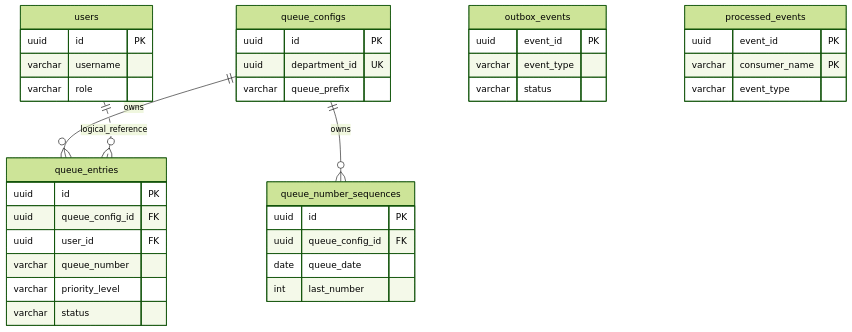
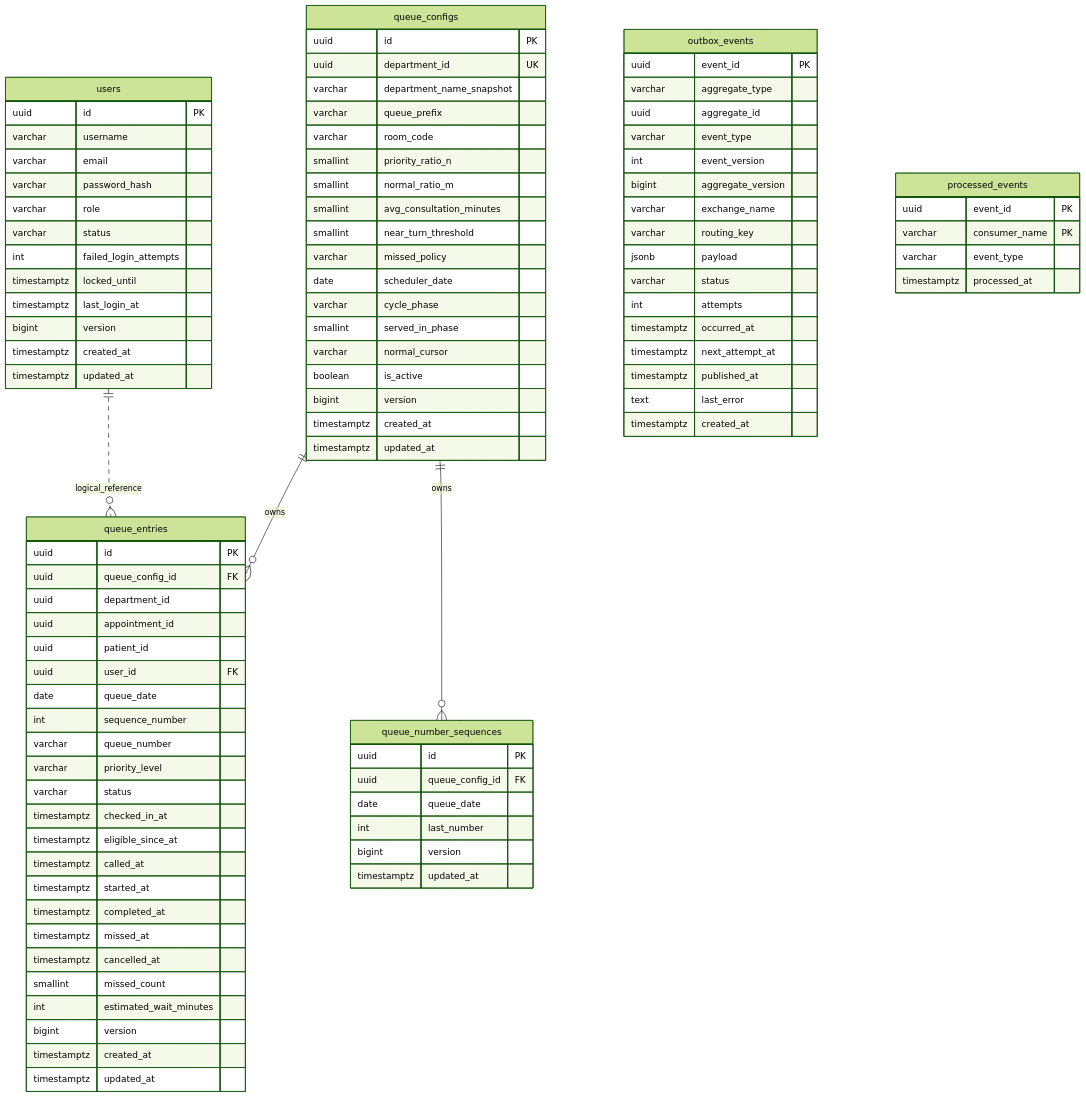
Before and after one commit to ntkhai268/careflow: the diagram in README.md, drawn with Mermaid (forest theme).

Commit message:
docs: restore full attributes and reorder relations in ERD to avoid line crossings

````diff
--- a/README.md
+++ b/README.md
@@ -97,13 +97,37 @@
     users {
         uuid id PK
         varchar username
+        varchar email
+        varchar password_hash
         varchar role
+        varchar status
+        int failed_login_attempts
+        timestamptz locked_until
+        timestamptz last_login_at
+        bigint version
+        timestamptz created_at
+        timestamptz updated_at
     }
 
     queue_configs {
         uuid id PK
         uuid department_id UK
+        varchar department_name_snapshot
         varchar queue_prefix
+        varchar room_code
+        smallint priority_ratio_n
+        smallint normal_ratio_m
+        smallint avg_consultation_minutes
+        smallint near_turn_threshold
+        varchar missed_policy
+        date scheduler_date
+        varchar cycle_phase
+        smallint served_in_phase
+        varchar normal_cursor
+        boolean is_active
+        bigint version
+        timestamptz created_at
+        timestamptz updated_at
     }
 
     queue_number_sequences {
@@ -111,30 +135,63 @@
         uuid queue_config_id FK
         date queue_date
         int last_number
+        bigint version
+        timestamptz updated_at
     }
 
     queue_entries {
         uuid id PK
         uuid queue_config_id FK
+        uuid department_id
+        uuid appointment_id
+        uuid patient_id
         uuid user_id FK
+        date queue_date
+        int sequence_number
         varchar queue_number
         varchar priority_level
         varchar status
+        timestamptz checked_in_at
+        timestamptz eligible_since_at
+        timestamptz called_at
+        timestamptz started_at
+        timestamptz completed_at
+        timestamptz missed_at
+        timestamptz cancelled_at
+        smallint missed_count
+        int estimated_wait_minutes
+        bigint version
+        timestamptz created_at
+        timestamptz updated_at
     }
 
     outbox_events {
         uuid event_id PK
+        varchar aggregate_type
+        uuid aggregate_id
         varchar event_type
+        int event_version
+        bigint aggregate_version
+        varchar exchange_name
+        varchar routing_key
+        jsonb payload
         varchar status
+        int attempts
+        timestamptz occurred_at
+        timestamptz next_attempt_at
+        timestamptz published_at
+        text last_error
+        timestamptz created_at
     }
 
     processed_events {
         uuid event_id PK
         varchar consumer_name PK
         varchar event_type
+        timestamptz processed_at
     }
 
+    users ||..o{ queue_entries : "logical_reference"
+    queue_configs ||--o{ queue_entries : "owns"
     queue_configs ||--o{ queue_number_sequences : "owns"
-    queue_configs ||--o{ queue_entries : "owns"
-    users ||..o{ queue_entries : "logical_reference"
 ```
````
